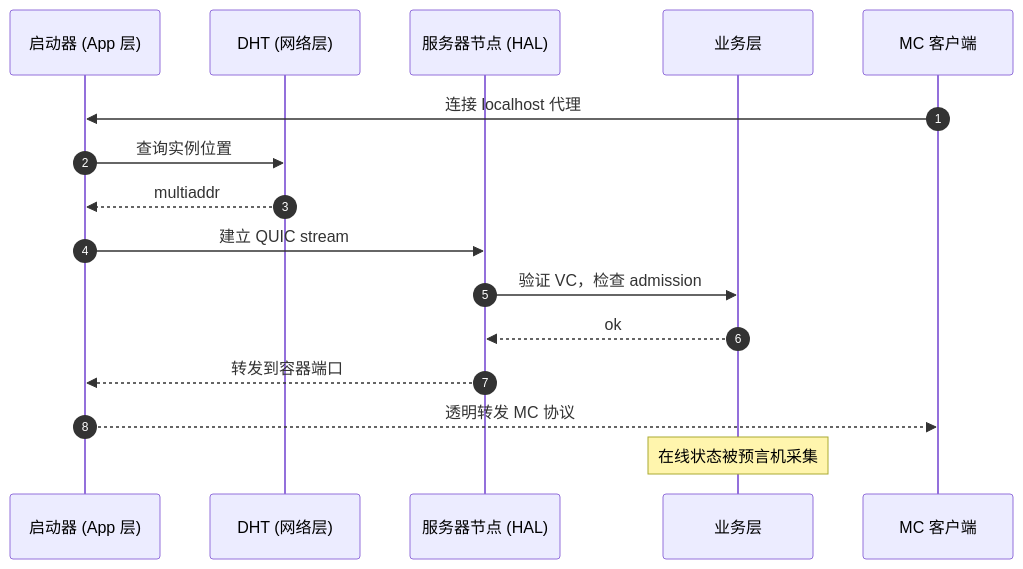
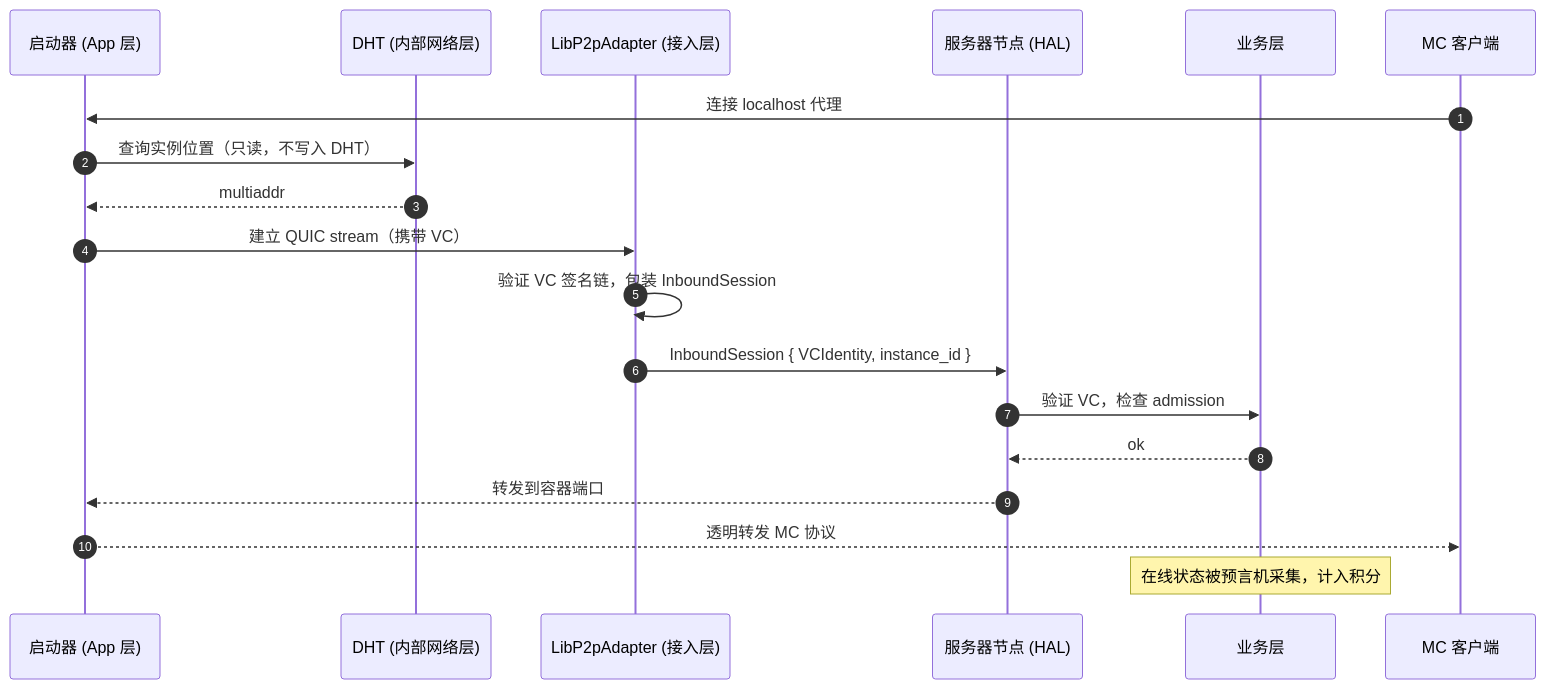
Before and after one commit to JLUCraft/docs: the second of 3 diagrams in pages/design/overview.md, drawn with Mermaid. The commit also changed other lines of this file and 12 other files, not shown here.

````diff
--- a/pages/design/overview.md
+++ b/pages/design/overview.md
@@ -85,19 +93,22 @@
 ```mermaid
 sequenceDiagram
     autonumber
     participant L as 启动器 (App 层)
-    participant DHT as DHT (网络层)
+    participant DHT as DHT (内部网络层)
+    participant A as LibP2pAdapter (接入层)
     participant S as 服务器节点 (HAL)
     participant Biz as 业务层
     participant MC as MC 客户端
 
     MC->>L: 连接 localhost 代理
-    L->>DHT: 查询实例位置
+    L->>DHT: 查询实例位置（只读，不写入 DHT）
     DHT-->>L: multiaddr
-    L->>S: 建立 QUIC stream
+    L->>A: 建立 QUIC stream（携带 VC）
+    A->>A: 验证 VC 签名链，包装 InboundSession
+    A->>S: InboundSession { VCIdentity, instance_id }
     S->>Biz: 验证 VC，检查 admission
     Biz-->>S: ok
     S-->>L: 转发到容器端口
     L-->>MC: 透明转发 MC 协议
-    Note over Biz: 在线状态被预言机采集
+    Note over Biz: 在线状态被预言机采集，计入积分
 ```
````
